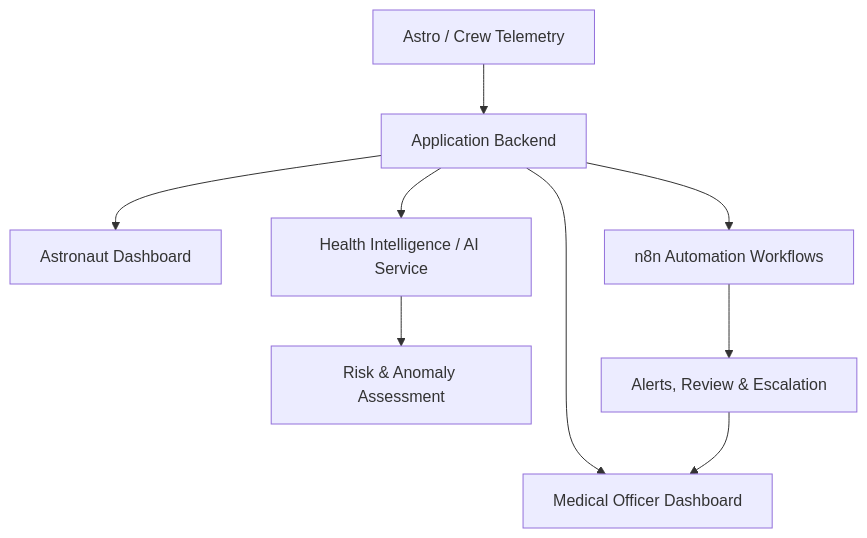
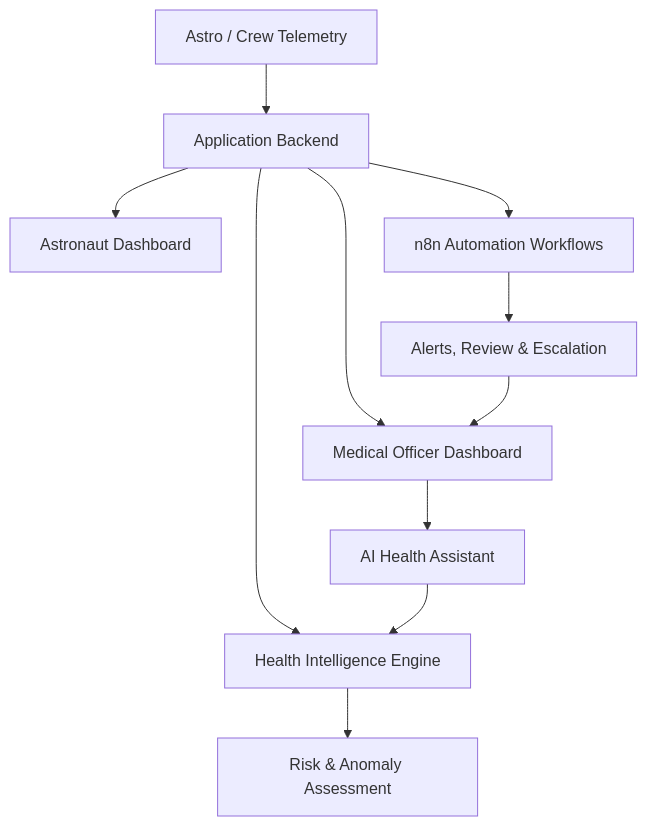
The diagram in README.md (Omar-Ayman0/ASTROHEALTH), drawn with Mermaid before and after one commit. The commit also changed other lines of this file and 7 other files, not shown here.

````diff
--- a/README.md
+++ b/README.md
@@ -86,11 +88,13 @@
 ```mermaid
 flowchart TD
     A[Astro / Crew Telemetry] --> B[Application Backend]
     B --> C[Medical Officer Dashboard]
     B --> D[Astronaut Dashboard]
-    B --> E[Health Intelligence / AI Service]
+    B --> E[Health Intelligence Engine]
     E --> F[Risk & Anomaly Assessment]
     B --> G[n8n Automation Workflows]
     G --> H[Alerts, Review & Escalation]
     H --> C
+    C --> I[AI Health Assistant]
+    I --> E
 ```
````
